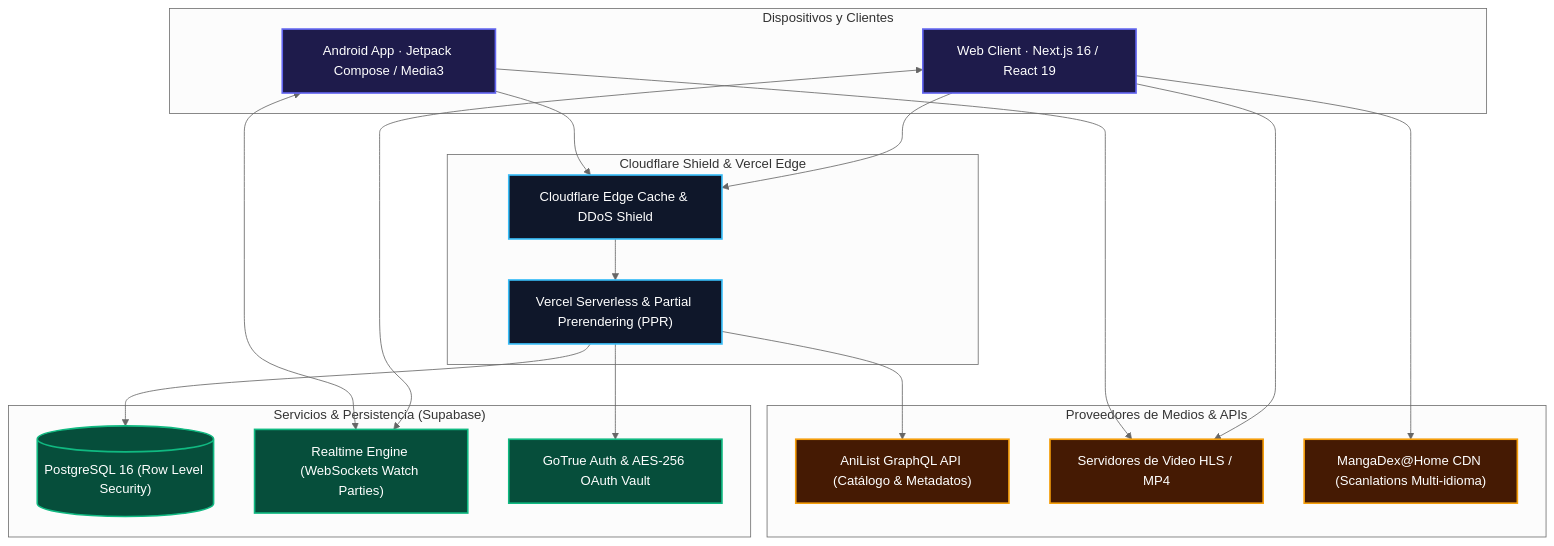
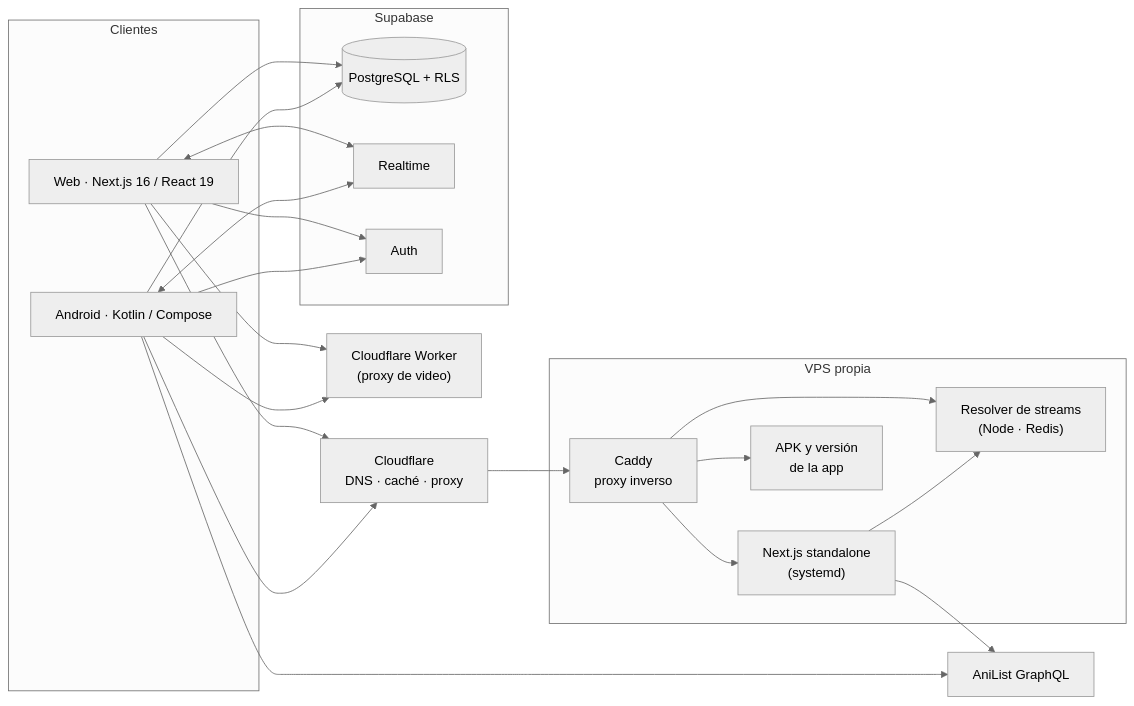
One commit to AndrehhX/Kaze changed the diagram in README.md. Above: the diagram before and after it, drawn with Mermaid (neutral theme). The commit also changed other lines of this file, not shown here.

Commit message:
docs: README profesional actualizado (VPS, app Android, despliegue y seguridad)

````diff
--- a/README.md
+++ b/README.md
@@ -89,41 +55,38 @@
 ```mermaid
-flowchart TD
-    classDef client fill:#1e1b4b,stroke:#6366f1,stroke-width:2px,color:#fff;
-    classDef edge fill:#0f172a,stroke:#38bdf8,stroke-width:2px,color:#fff;
-    classDef backend fill:#064e3b,stroke:#10b981,stroke-width:2px,color:#fff;
-    classDef external fill:#451a03,stroke:#f59e0b,stroke-width:2px,color:#fff;
-
-    subgraph Clients[" Dispositivos y Clientes "]
-        Web["Web Client · Next.js 16 / React 19"]:::client
-        Mobile["Android App · Jetpack Compose / Media3"]:::client
+flowchart LR
+    subgraph Clientes
+        Web["Web · Next.js 16 / React 19"]
+        App["Android · Kotlin / Compose"]
     end
 
-    subgraph EdgeLayer[" Cloudflare Shield & Vercel Edge "]
-        CF["Cloudflare Edge Cache & DDoS Shield"]:::edge
-        Vercel["Vercel Serverless & Partial Prerendering (PPR)"]:::edge
+    CF["Cloudflare<br/>DNS · caché · proxy"]
+
+    subgraph VPS["VPS propia"]
+        Caddy["Caddy<br/>proxy inverso"]
+        Next["Next.js standalone<br/>(systemd)"]
+        Resolver["Resolver de streams<br/>(Node · Redis)"]
+        Files["APK y versión<br/>de la app"]
     end
 
-    subgraph Backend[" Servicios & Persistencia (Supabase) "]
-        Postgres[("PostgreSQL 16 (Row Level Security)")]:::backend
-        Realtime["Realtime Engine (WebSockets Watch Parties)"]:::backend
-        Auth["GoTrue Auth & AES-256 OAuth Vault"]:::backend
+    subgraph Supabase
+        DB[("PostgreSQL + RLS")]
+        RT["Realtime"]
+        Auth["Auth"]
     end
 
-    subgraph External[" Proveedores de Medios & APIs "]
-        AniList["AniList GraphQL API (Catálogo & Metadatos)"]:::external
-        Streams["Servidores de Video HLS / MP4"]:::external
-        MangaDex["MangaDex@Home CDN (Scanlations Multi-idioma)"]:::external
-    end
+    AniList["AniList GraphQL"]
+    Worker["Cloudflare Worker<br/>(proxy de video)"]
 
-    Web --> CF
-    Mobile --> CF
-    CF --> Vercel
-    Vercel --> Postgres
-    Vercel --> Auth
-    Web <--> Realtime
-    Mobile <--> Realtime
-    Vercel --> AniList
-    Web --> Streams
-    Mobile --> Streams
-    Web --> MangaDex
+    Web --> CF --> Caddy
+    App --> CF
+    Caddy --> Next
+    Caddy --> Resolver
+    Caddy --> Files
+    Next --> Resolver
+    Next --> AniList
+    App --> AniList
+    Web & App --> Auth
+    Web & App --> DB
+    Web & App <--> RT
+    Web & App --> Worker
 ```
````
